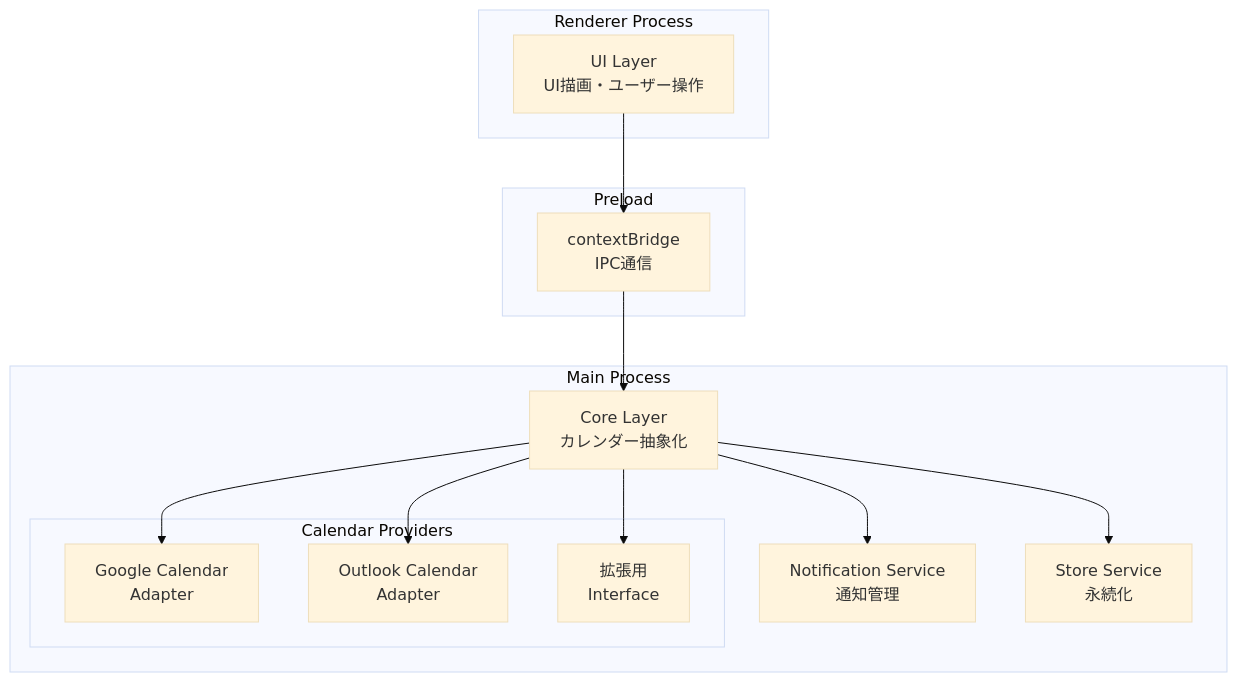
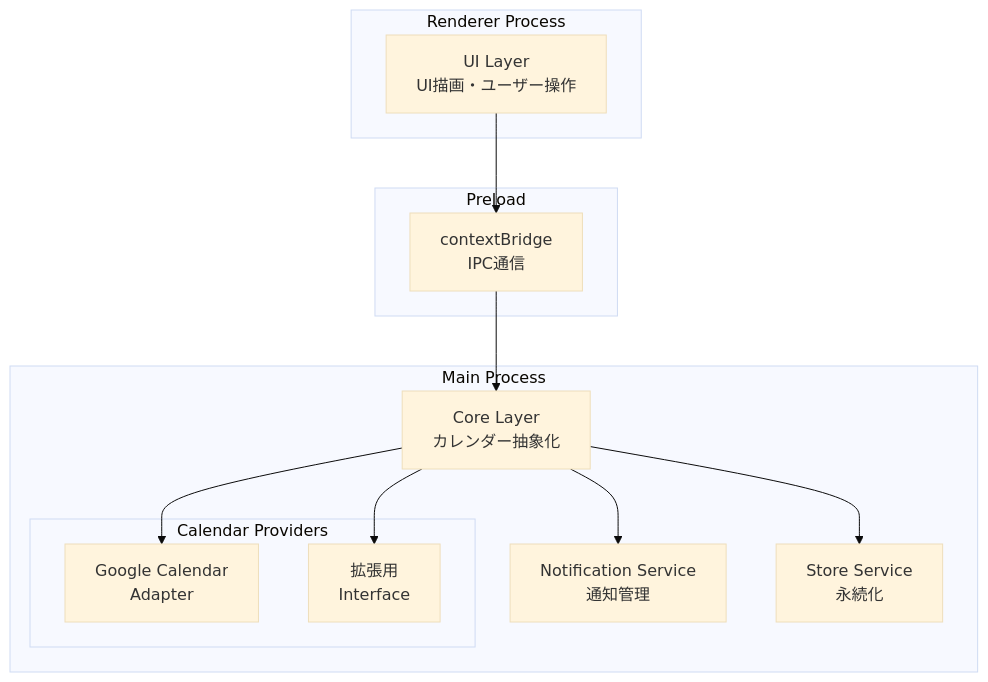
One commit to okcoder/opencode-sample changed the diagram in specs/technical/architecture.md. Above: the diagram before and after it, drawn with Mermaid (base theme). The commit also changed other lines of this file, not shown here.

````diff
--- a/specs/technical/architecture.md
+++ b/specs/technical/architecture.md
@@ -27,31 +27,29 @@
 ```mermaid
 graph TB
     subgraph Renderer Process
         UI[UI Layer<br/>UI描画・ユーザー操作]
     end
 
     subgraph Preload
         Bridge[contextBridge<br/>IPC通信]
     end
 
     subgraph Main Process
         Core[Core Layer<br/>カレンダー抽象化]
         
         subgraph Calendar Providers
             GCal[Google Calendar<br/>Adapter]
-            OCal[Outlook Calendar<br/>Adapter]
             Ext[拡張用<br/>Interface]
         end
         
         Notify[Notification Service<br/>通知管理]
         Store[Store Service<br/>永続化]
     end
 
     UI --> Bridge
     Bridge --> Core
     Core --> GCal
-    Core --> OCal
     Core --> Ext
     Core --> Notify
     Core --> Store
 ```
````
